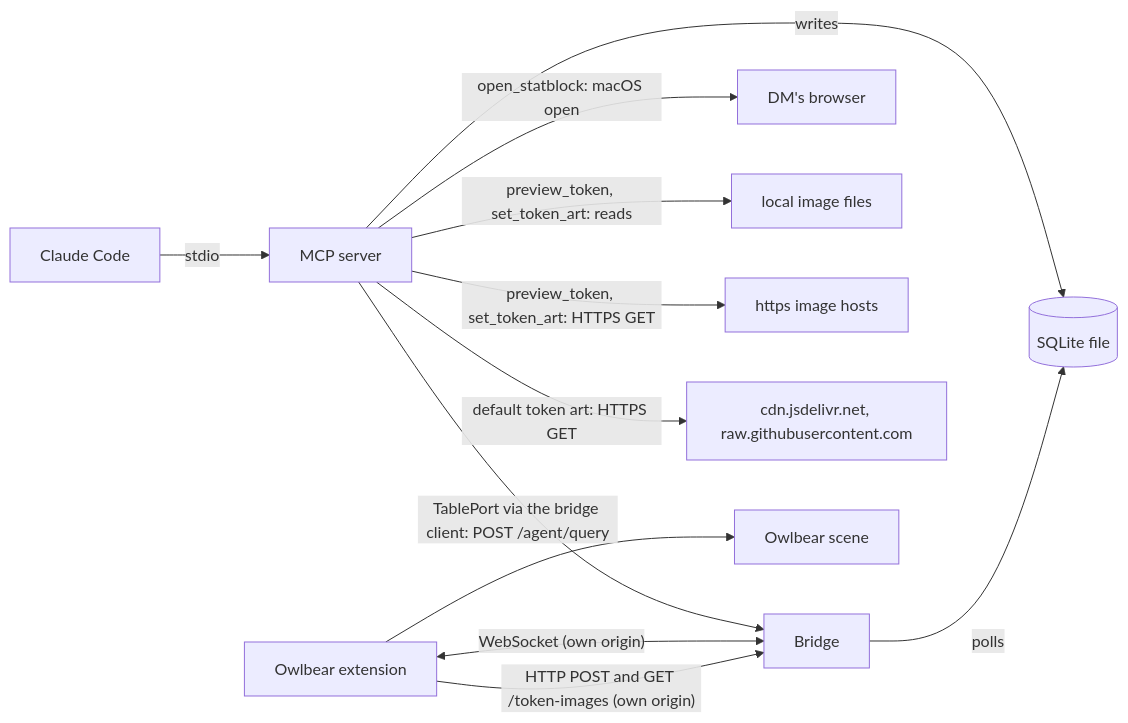
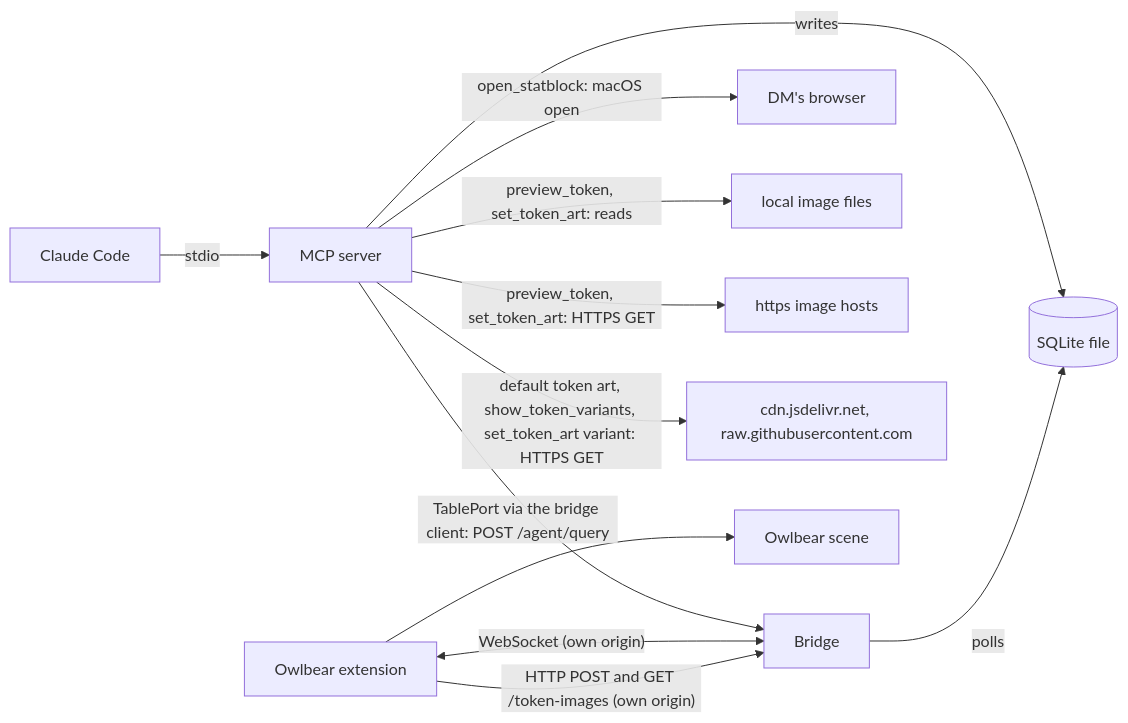
Before and after one commit to askrzypczak/ttrpg-agents: the second of 2 diagrams in docs/architecture.md, drawn with Mermaid. The commit also changed other lines of this file and 2 other files, not shown here.

Commit message:
docs: TooManyTokens variants in the architecture page and the MCP and engine READMEs (#387)

````diff
--- a/docs/architecture.md
+++ b/docs/architecture.md
@@ -51,14 +51,14 @@
 ```mermaid
 flowchart LR
   claude["Claude Code"] -->|"stdio"| mcp["MCP server"]
   mcp -->|"writes"| db[("SQLite file")]
   mcp -->|"TablePort via the bridge client: POST /agent/query"| bridge
   mcp -->|"open_statblock: macOS open"| browser["DM's browser"]
   mcp -->|"preview_token, set_token_art: reads"| imagefiles["local image files"]
   mcp -->|"preview_token, set_token_art: HTTPS GET"| imagehosts["https image hosts"]
-  mcp -->|"default token art: HTTPS GET"| defaultart["cdn.jsdelivr.net, raw.githubusercontent.com"]
+  mcp -->|"default token art, show_token_variants, set_token_art variant: HTTPS GET"| defaultart["cdn.jsdelivr.net, raw.githubusercontent.com"]
   bridge["Bridge"] -->|"polls"| db
   ext["Owlbear extension"] <-->|"WebSocket (own origin)"| bridge
   ext -->|"HTTP POST and GET /token-images (own origin)"| bridge
   ext --> scene["Owlbear scene"]
 ```
````
